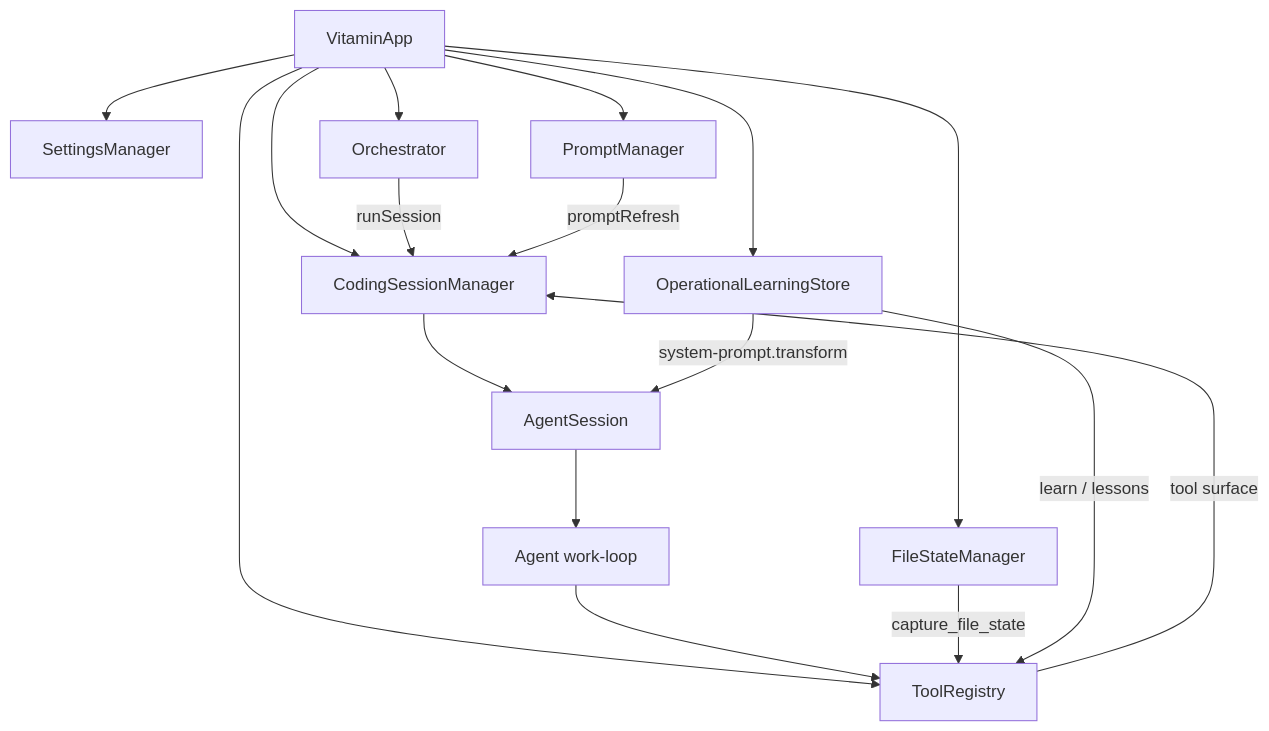
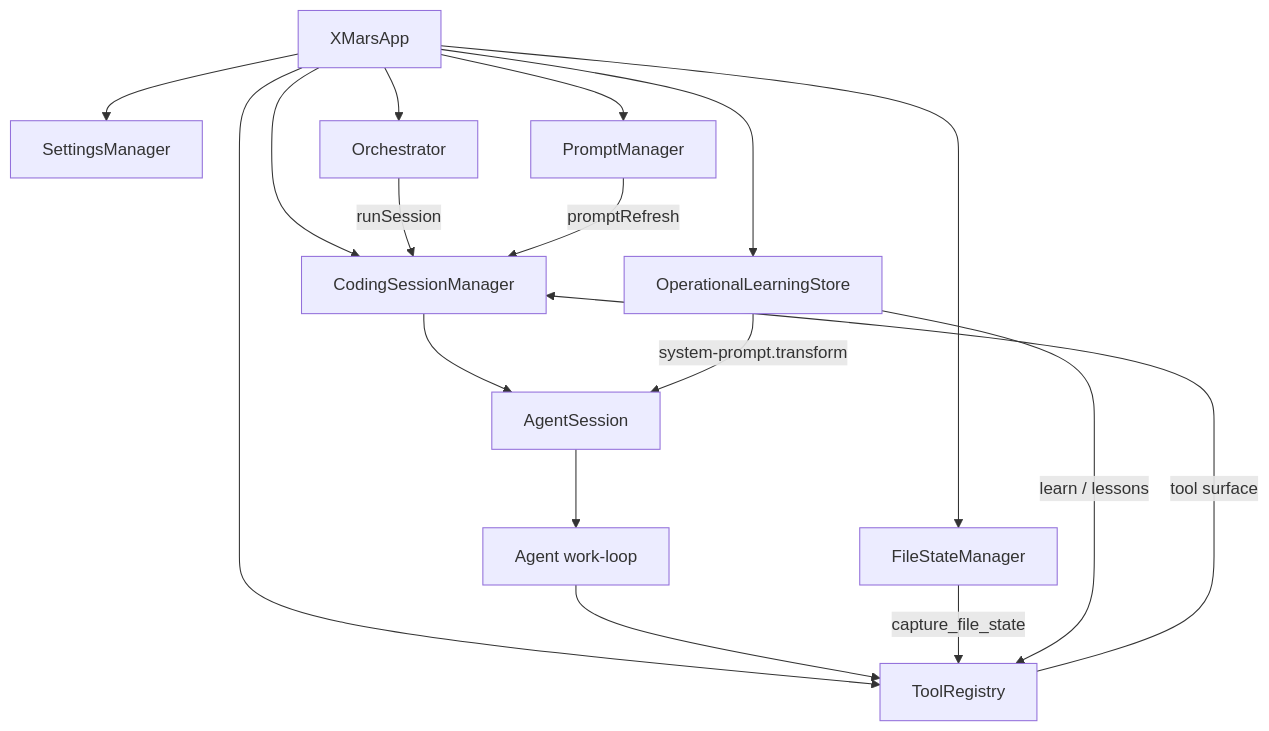
Before and after one commit to aniwei/vitamin-coding: the first of 2 diagrams in packages/coding/docs/DESIGN.md, drawn with Mermaid. The commit also changed other lines of this file and 414 other files, not shown here.

````diff
--- a/packages/coding/docs/DESIGN.md
+++ b/packages/coding/docs/DESIGN.md
@@ -60,22 +60,22 @@
 ```mermaid
 flowchart TD
-    A[VitaminApp] --> B[SettingsManager]
+    A[XMarsApp] --> B[SettingsManager]
     A --> C[PromptManager]
     A --> D[ToolRegistry]
     A --> E[Orchestrator]
     A --> F[CodingSessionManager]
     A --> G[FileStateManager]
     A --> H[OperationalLearningStore]
 
     E -->|runSession| F
     D -->|tool surface| F
     C -->|promptRefresh| F
 
     F --> I[AgentSession]
     I --> J[Agent work-loop]
     J --> D
 
     G -->|capture_file_state| D
     H -->|learn / lessons| D
     H -->|system-prompt.transform| I
 ```
````
